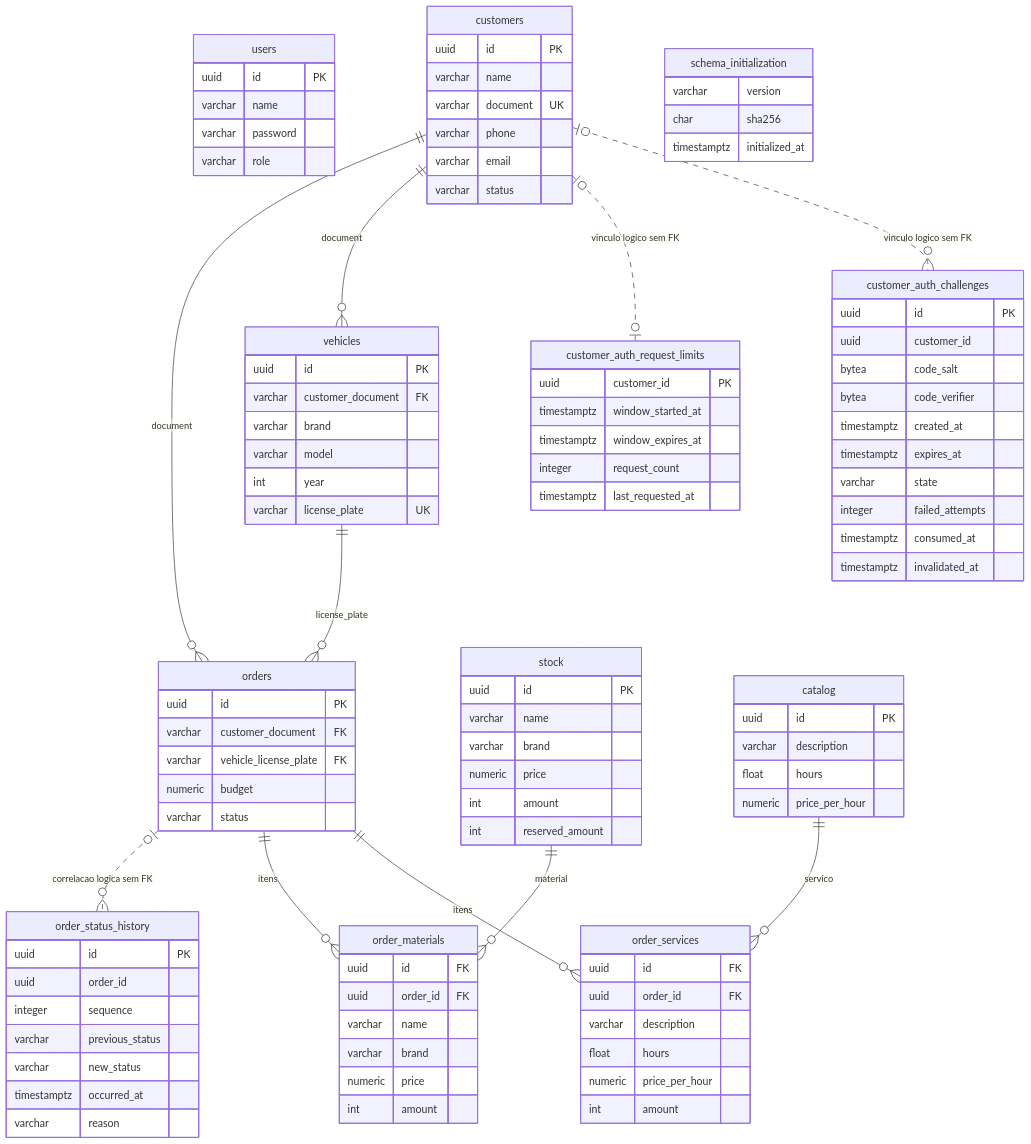
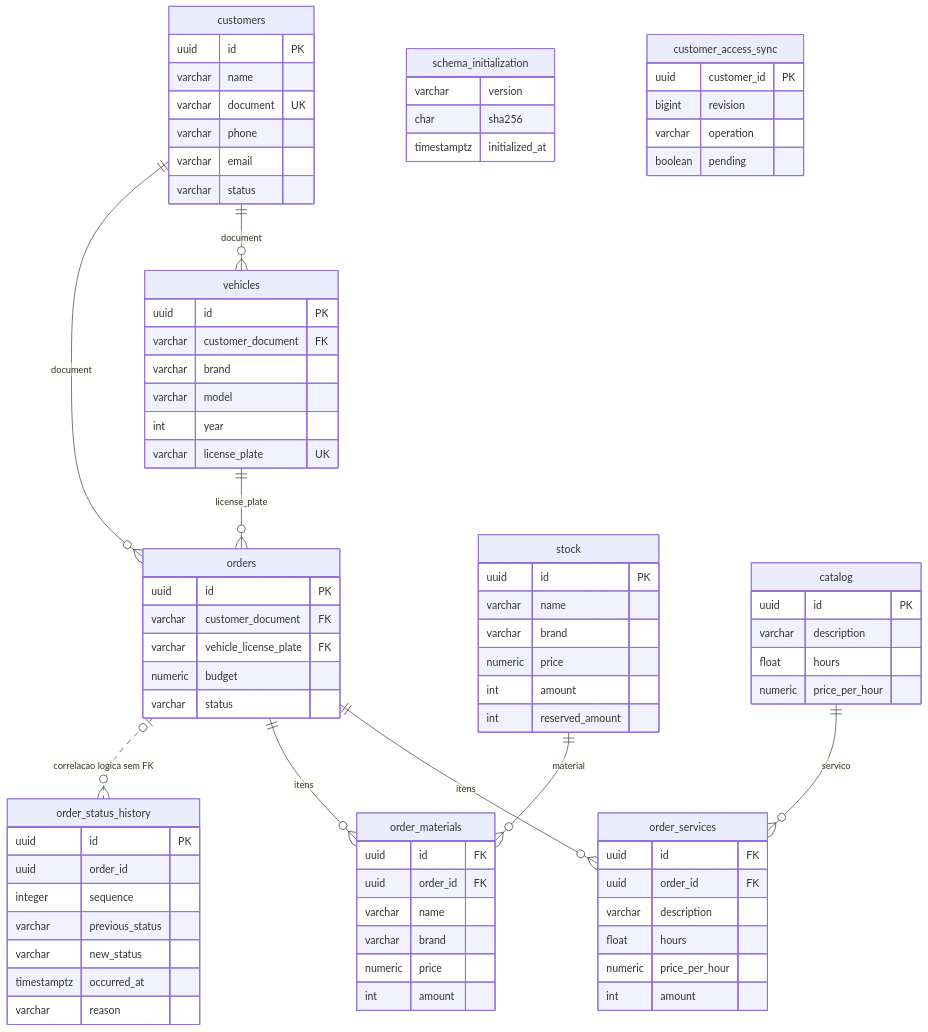
One commit to pknfelps/GerenciamentoMecanicaSistema changed the first of 2 diagrams in docs/arquitetura/diagramas/DADOS.md. Above: the diagram before and after it, drawn with Mermaid. The commit also changed other lines of this file and 31 other files, not shown here.

````diff
--- a/docs/arquitetura/diagramas/DADOS.md
+++ b/docs/arquitetura/diagramas/DADOS.md
@@ -7,11 +9,5 @@
 ```mermaid
 erDiagram
-    users {
-        uuid id PK
-        varchar name
-        varchar password
-        varchar role
-    }
     customers {
         uuid id PK
         varchar name
@@ -79,27 +75,12 @@
         char sha256
         timestamptz initialized_at
     }
-    customer_auth_challenges {
-        uuid id PK
-        uuid customer_id
-        bytea code_salt
-        bytea code_verifier
-        timestamptz created_at
-        timestamptz expires_at
-        varchar state
-        integer failed_attempts
-        timestamptz consumed_at
-        timestamptz invalidated_at
+    customer_access_sync {
+        uuid customer_id PK
+        bigint revision
+        varchar operation
+        boolean pending
     }
-    customer_auth_request_limits {
-        uuid customer_id PK
-        timestamptz window_started_at
-        timestamptz window_expires_at
-        integer request_count
-        timestamptz last_requested_at
-    }
-    customers |o..o{ customer_auth_challenges : "vinculo logico sem FK"
-    customers |o..o| customer_auth_request_limits : "vinculo logico sem FK"
     customers ||--o{ vehicles : document
     customers ||--o{ orders : document
     vehicles ||--o{ orders : license_plate
````
